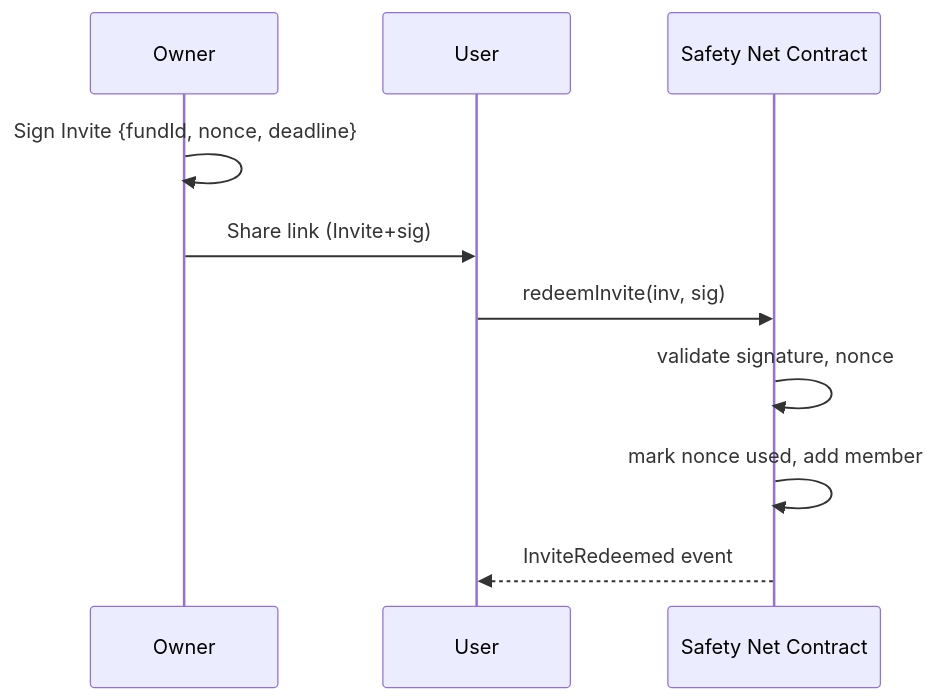
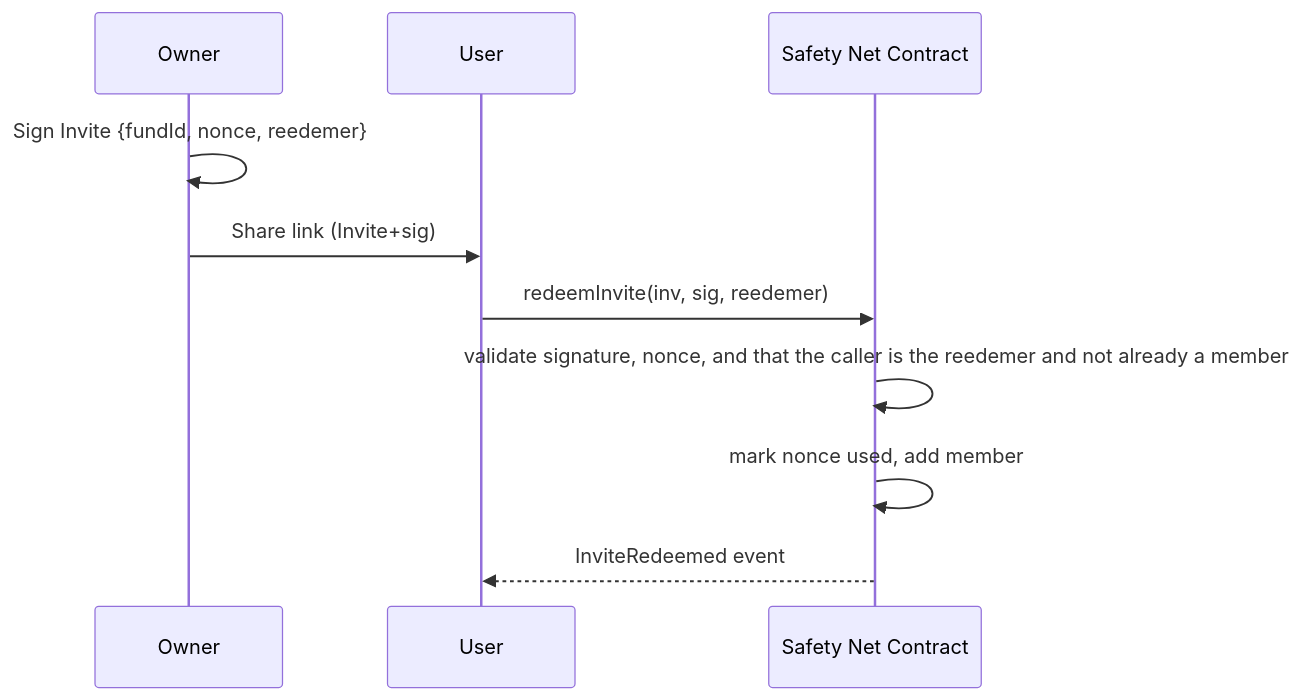
The second of 3 diagrams in InviteTechSpec.md (BreadchainCoop/safety-net), drawn with Mermaid before and after one commit. The commit also changed other lines of this file, not shown here.

Commit message:
docs: delet deadlines related parts and add reedemer logic

````diff
--- a/InviteTechSpec.md
+++ b/InviteTechSpec.md
@@ -125,14 +125,14 @@
 ```mermaid
 sequenceDiagram
     participant Owner
     participant User
     participant Safety Net Contract
 
-    Owner->>Owner: Sign Invite {fundId, nonce, deadline}
+    Owner->>Owner: Sign Invite {fundId, nonce, reedemer}
     Owner->>User: Share link (Invite+sig)
 
-    User->>Safety Net Contract: redeemInvite(inv, sig)
-    Safety Net Contract->>Safety Net Contract: validate signature, nonce
+    User->>Safety Net Contract: redeemInvite(inv, sig, reedemer)
+    Safety Net Contract->>Safety Net Contract: validate signature, nonce, and that the caller is the reedemer and not already a member 
     Safety Net Contract->>Safety Net Contract: mark nonce used, add member
     Safety Net Contract-->>User: InviteRedeemed event
 ```
````
